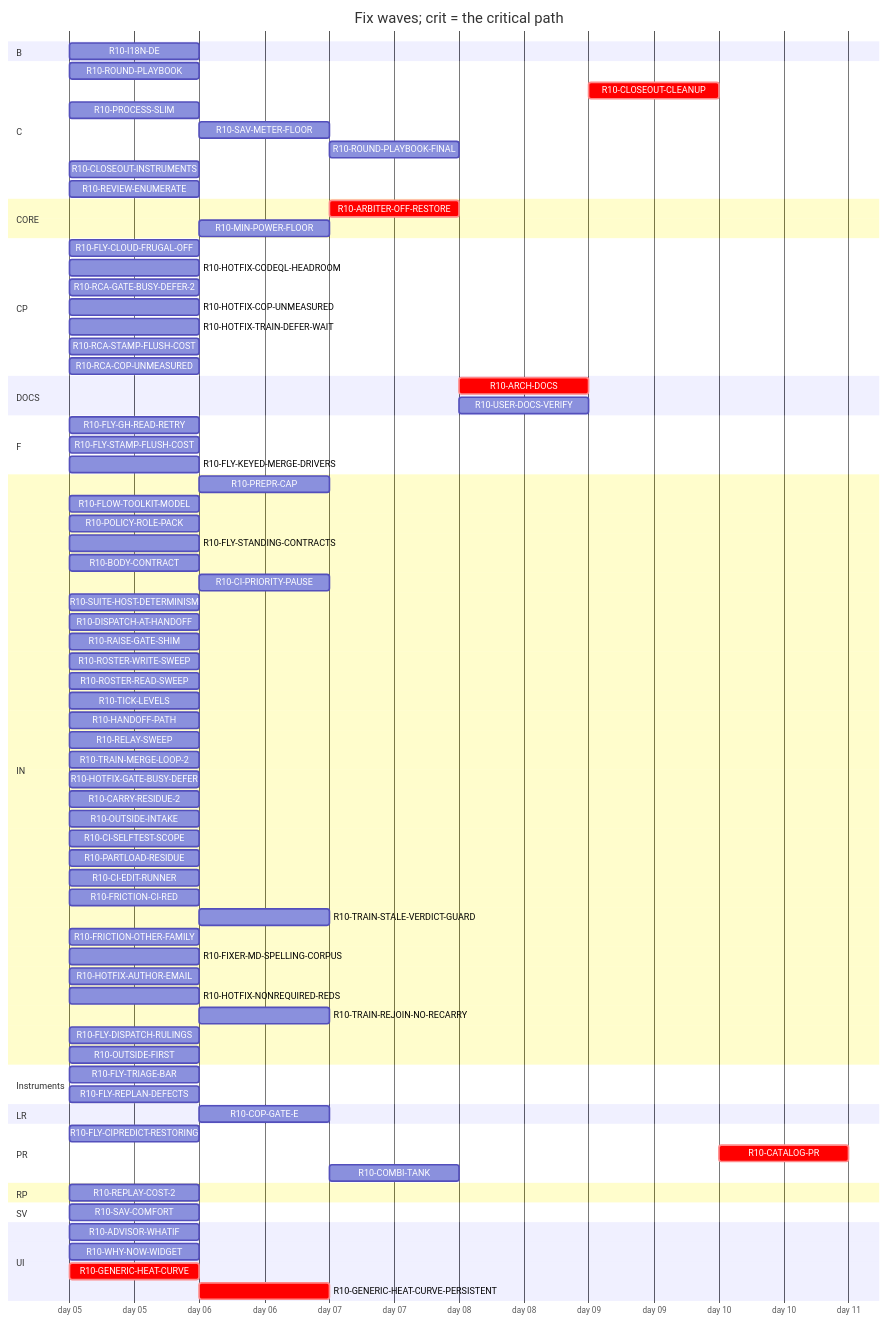
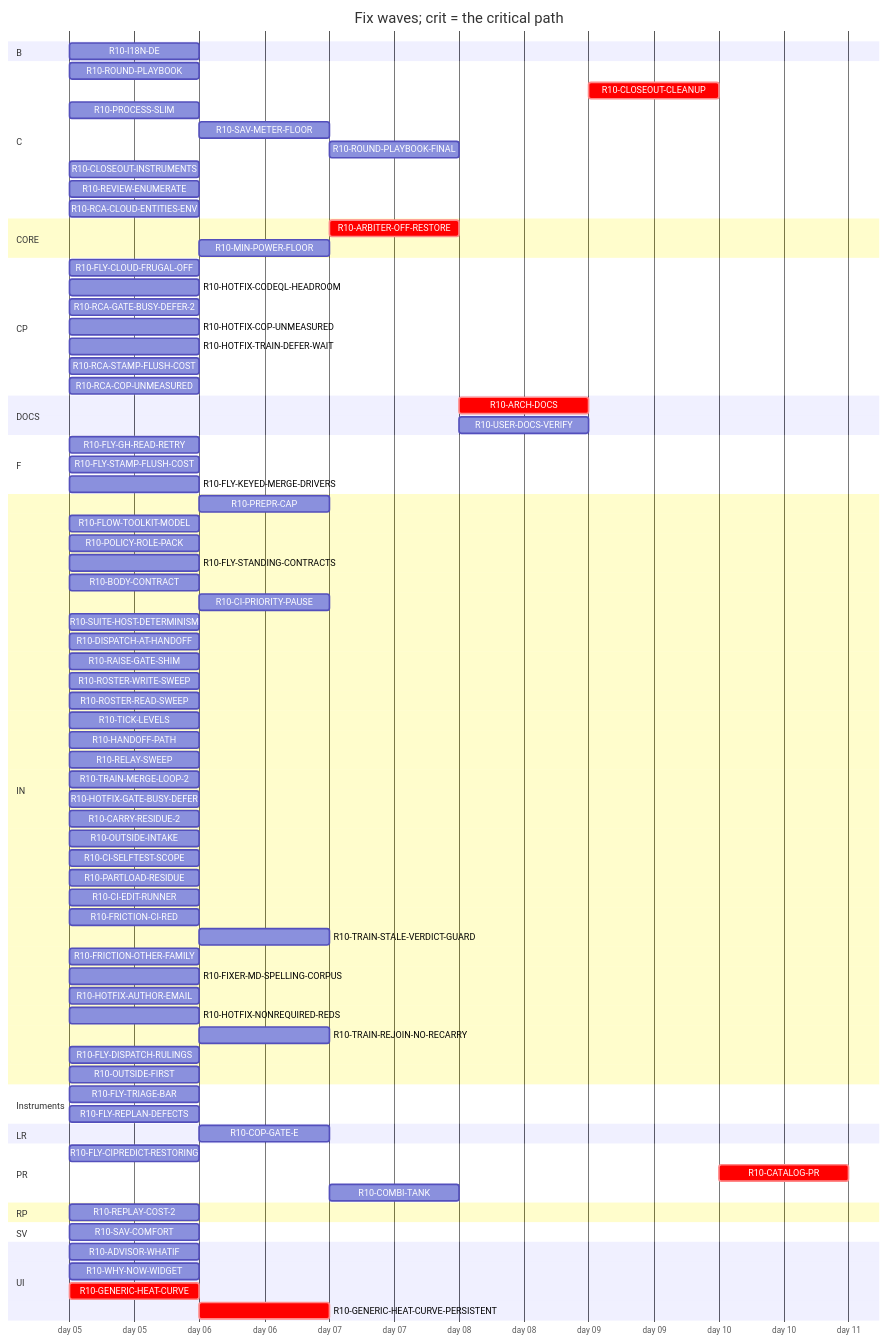
The diagram in handoff/round10/state/PLAN-TABLE.md (tvofi/heatpump_optimizer), drawn with Mermaid before and after one commit. The commit also changed other lines of this file and 4 other files, not shown here.

Commit message:
state: FLOW-BOARD.md, NEXT-SESSION-PROMPT.md, PLAN-TABLE.md, PLAN.html, RESUME-CURRENT.md regenerated (state_docs.py)

```diff
--- a/handoff/round10/state/PLAN-TABLE.md
+++ b/handoff/round10/state/PLAN-TABLE.md
@@ -38,6 +38,7 @@
     R10-ROUND-PLAYBOOK-FINAL :r10ROUNDPLAYBOOKFINAL, after r10PREPRCAP r10HANDOFFPATH r10RELAYSWEEP r10DISPATCHATHANDOFF r10BODYCONTRACT r10TICKLEVELS r10CIPRIORITYPAUSE r10ROSTERWRITESWEEP r10ROSTERREADSWEEP r10FLYSTANDINGCONTRACTS r10POLICYROLEPACK r10FLOWTOOLKITMODEL r10FLYCIPREDICTRESTORING r10RAISEGATESHIM r10FLYGHREADRETRY r10SUITEHOSTDETERMINISM r10ROUNDPLAYBOOK r10PROCESSSLIM r10TRAINMERGELOOP2 r10HOTFIXGATEBUSYDEFER r10CARRYRESIDUE2 r10REPLAYCOST2 r10HOTFIXCODEQLHEADROOM r10OUTSIDEINTAKE r10FLYSTAMPFLUSHCOST r10HOTFIXTRAINDEFERWAIT r10CISELFTESTSCOPE r10CIEDITRUNNER r10TRAINSTALEVERDICTGUARD r10CLOSEOUTINSTRUMENTS r10FRICTIONCIRED r10FRICTIONOTHERFAMILY r10FIXERMDSPELLINGCORPUS, 1d
     R10-CLOSEOUT-INSTRUMENTS :r10CLOSEOUTINSTRUMENTS, 2026-01-05, 1d
     R10-REVIEW-ENUMERATE :r10REVIEWENUMERATE, 2026-01-05, 1d
+    R10-RCA-CLOUD-ENTITIES-ENV :r10RCACLOUDENTITIESENV, 2026-01-05, 1d
   section CORE
     R10-ARBITER-OFF-RESTORE :crit, r10ARBITEROFFRESTORE, after r10GENERICHEATCURVE r10GENERICHEATCURVEPERSISTENT, 1d
     R10-MIN-POWER-FLOOR :r10MINPOWERFLOOR, after r10HOTFIXCOPUNMEASURED r10GENERICHEATCURVE, 1d
```
